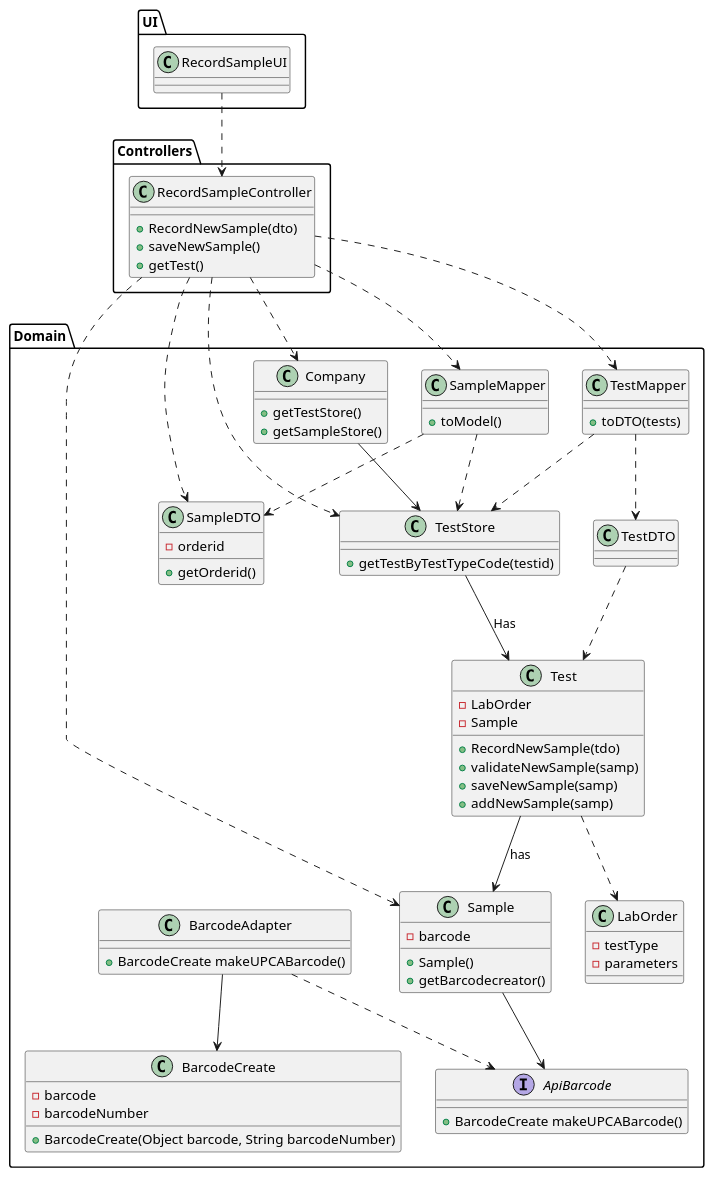
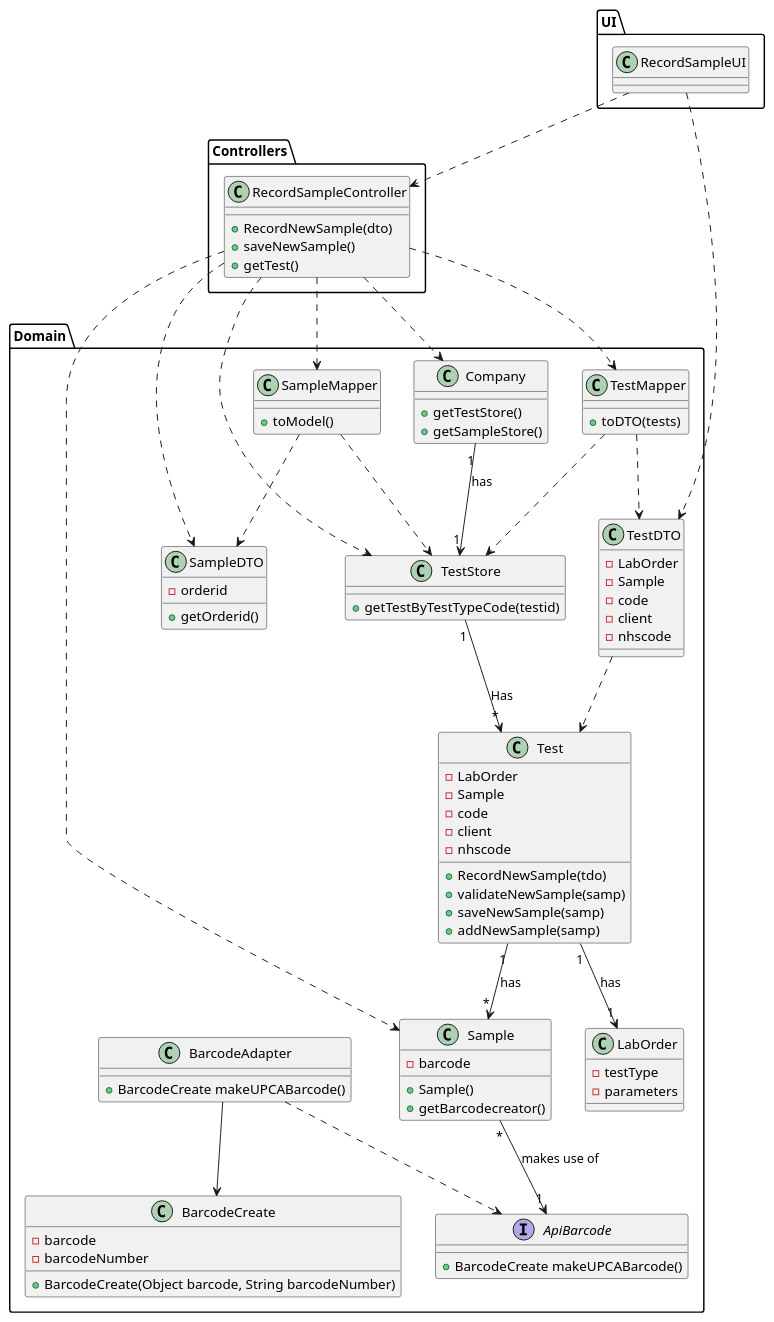
The diagram in docs/SprintC/US5_RecordTheSample/CD_US005.puml (Pedromaia26/LAPR2-ISEP), drawn with PlantUML before and after one commit. The commit also changed 2 other files, not shown here.

```diff
--- a/docs/SprintC/US5_RecordTheSample/CD_US005.puml
+++ b/docs/SprintC/US5_RecordTheSample/CD_US005.puml
@@ -1,108 +1,119 @@
 @startuml
 package "UI" {
   Class RecordSampleUI
 }
 package "Controllers" {
  Class RecordSampleController
 }
 package "Domain" {
  Class Company
 Class Sample
 Class TestMapper
 Class SampleDTO
 Class SampleMapper
 Class TestStore
 Class Test
 Class TestDTO
 Class LabOrder
 Interface ApiBarcode
 Class BarcodeAdapter
 Class BarcodeCreate
 }
 
 
 RecordSampleUI ..> RecordSampleController
 RecordSampleController..>Company
 RecordSampleController..>Sample
 RecordSampleController..>TestMapper
 RecordSampleController..>SampleDTO
 RecordSampleController..>SampleMapper
 RecordSampleController..>TestStore
 
+RecordSampleUI ..> TestDTO
 
 
 
 
 
 
 
 
 RecordSampleController : +RecordNewSample(dto)
 RecordSampleController : +saveNewSample()
 RecordSampleController : +getTest()
 
 
-Test --> Sample: has
+Test"1" -->"*" Sample: has
 
-Company --> TestStore
+Company"1" -->"1" TestStore :has
 
 TestStore : +getTestByTestTypeCode(testid)
 
 TestMapper ..> TestDTO
 TestDTO..> Test
 
 
-TestStore --> Test : Has
+TestStore"1" -->"*"Test : Has
 SampleMapper ..> SampleDTO
 
 
 TestMapper ..> TestStore
 
-Test ..> LabOrder
+Test "1" --> "1" LabOrder : has
 LabOrder : -testType
 LabOrder : -parameters
 
 
 TestMapper : +toDTO(tests)
 
 SampleMapper : +toModel()
 
 SampleMapper ..> TestStore
 
-Sample --> ApiBarcode
+Sample"*" -->"1"ApiBarcode : makes use of
 
 BarcodeAdapter  ..> ApiBarcode
 
 BarcodeAdapter --> BarcodeCreate
 
 
 ApiBarcode : +BarcodeCreate makeUPCABarcode()
 
 BarcodeAdapter : +BarcodeCreate makeUPCABarcode()
 
 BarcodeCreate : +BarcodeCreate(Object barcode, String barcodeNumber)
 BarcodeCreate : -barcode
 BarcodeCreate : -barcodeNumber
 
 
 Company : +getTestStore()
 Company : +getSampleStore()
 
 Test : +RecordNewSample(tdo)
 Test : +validateNewSample(samp)
 Test : +saveNewSample(samp)
 Test : +addNewSample(samp)
 Test : -LabOrder
 Test : -Sample
+Test : -code
+Test : -client
+Test : -nhscode
+
+
+TestDTO : -LabOrder
+TestDTO : -Sample
+TestDTO : -code
+TestDTO : -client
+TestDTO : -nhscode
 
 SampleDTO : +getOrderid()
 
 
 
 SampleDTO : -orderid
 
 
 Sample : +Sample()
 Sample : +getBarcodecreator()
 Sample : -barcode
 @enduml
```
